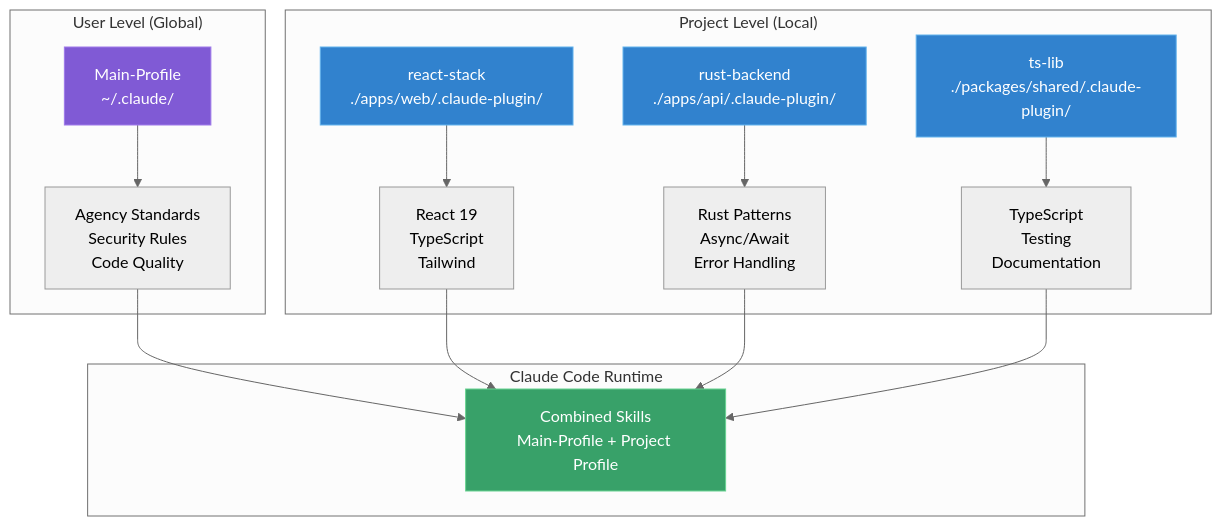
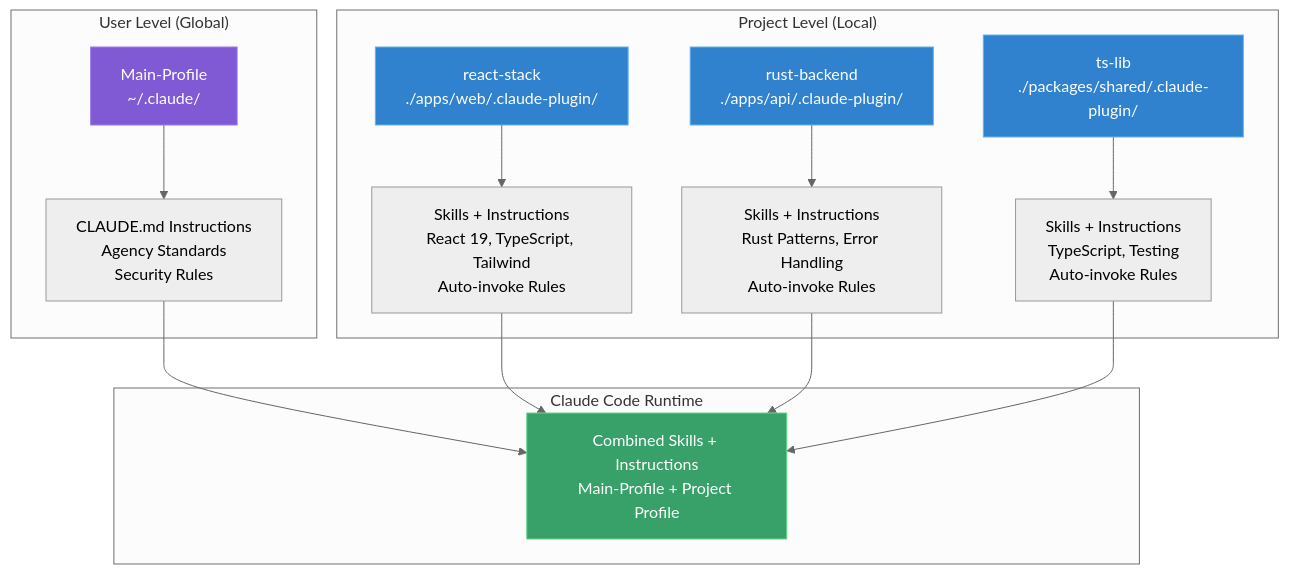
Before and after one commit to rhinolabs/ai: the third of 8 diagrams in README.md, drawn with Mermaid (neutral theme). The commit also changed other lines of this file and 2 other files, not shown here.

First line of the commit message:
docs: update READMEs with profiles instructions integration

````diff
--- a/README.md
+++ b/README.md
@@ -78,37 +78,37 @@
 ```mermaid
 graph TB
     subgraph "User Level (Global)"
         MAIN[Main-Profile<br/>~/.claude/]
-        MAIN_SKILLS[Agency Standards<br/>Security Rules<br/>Code Quality]
+        MAIN_CONTENT[CLAUDE.md Instructions<br/>Agency Standards<br/>Security Rules]
     end
 
     subgraph "Project Level (Local)"
         PROJ1[react-stack<br/>./apps/web/.claude-plugin/]
         PROJ2[rust-backend<br/>./apps/api/.claude-plugin/]
         PROJ3[ts-lib<br/>./packages/shared/.claude-plugin/]
 
-        SKILLS1[React 19<br/>TypeScript<br/>Tailwind]
-        SKILLS2[Rust Patterns<br/>Async/Await<br/>Error Handling]
-        SKILLS3[TypeScript<br/>Testing<br/>Documentation]
+        CONTENT1[Skills + Instructions<br/>React 19, TypeScript, Tailwind<br/>Auto-invoke Rules]
+        CONTENT2[Skills + Instructions<br/>Rust Patterns, Error Handling<br/>Auto-invoke Rules]
+        CONTENT3[Skills + Instructions<br/>TypeScript, Testing<br/>Auto-invoke Rules]
     end
 
-    MAIN --> MAIN_SKILLS
-    PROJ1 --> SKILLS1
-    PROJ2 --> SKILLS2
-    PROJ3 --> SKILLS3
+    MAIN --> MAIN_CONTENT
+    PROJ1 --> CONTENT1
+    PROJ2 --> CONTENT2
+    PROJ3 --> CONTENT3
 
     subgraph "Claude Code Runtime"
-        COMBINED[Combined Skills<br/>Main-Profile + Project Profile]
+        COMBINED[Combined Skills + Instructions<br/>Main-Profile + Project Profile]
     end
 
-    MAIN_SKILLS --> COMBINED
-    SKILLS1 --> COMBINED
-    SKILLS2 --> COMBINED
-    SKILLS3 --> COMBINED
+    MAIN_CONTENT --> COMBINED
+    CONTENT1 --> COMBINED
+    CONTENT2 --> COMBINED
+    CONTENT3 --> COMBINED
 
     style MAIN fill:#805ad5,stroke:#9f7aea,color:#fff
     style PROJ1 fill:#3182ce,stroke:#63b3ed,color:#fff
     style PROJ2 fill:#3182ce,stroke:#63b3ed,color:#fff
     style PROJ3 fill:#3182ce,stroke:#63b3ed,color:#fff
     style COMBINED fill:#38a169,stroke:#68d391,color:#fff
 ```
````
